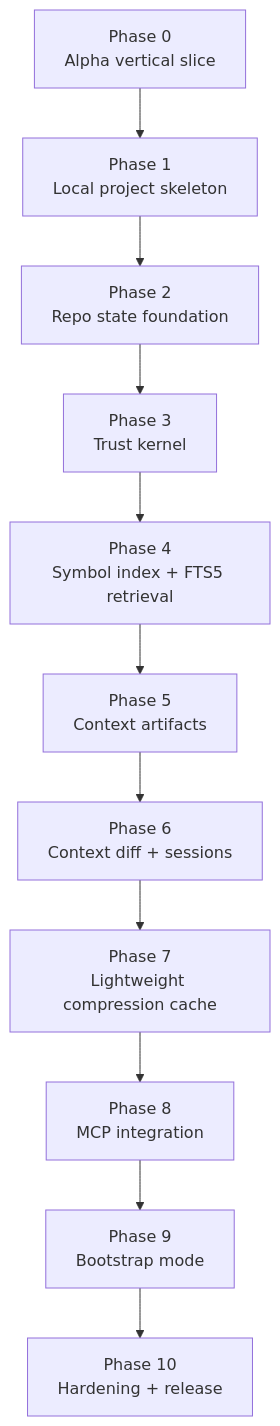
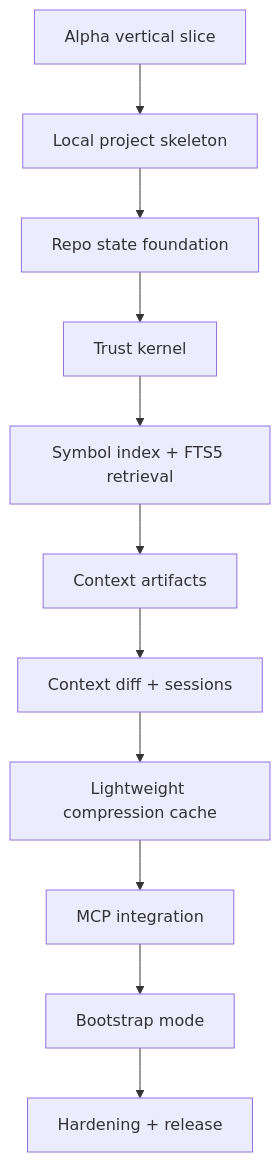
Diagram 12 of 12 in docs/v1/SPEC.md (gael55x/Grape), drawn with Mermaid before and after one commit. The commit also changed other lines of this file and 21 other files, not shown here.

Commit message:
docs: use goal-based roadmap language

````diff
--- a/docs/v1/SPEC.md
+++ b/docs/v1/SPEC.md
@@ -3387,13 +3387,13 @@
 ```mermaid
 flowchart TD
-    P0[Phase 0<br/>Alpha vertical slice] --> P1[Phase 1<br/>Local project skeleton]
-    P1 --> P2[Phase 2<br/>Repo state foundation]
-    P2 --> P3[Phase 3<br/>Trust kernel]
-    P3 --> P4[Phase 4<br/>Symbol index + FTS5 retrieval]
-    P4 --> P5[Phase 5<br/>Context artifacts]
-    P5 --> P6[Phase 6<br/>Context diff + sessions]
-    P6 --> P7[Phase 7<br/>Lightweight compression cache]
-    P7 --> P8[Phase 8<br/>MCP integration]
-    P8 --> P9[Phase 9<br/>Bootstrap mode]
-    P9 --> P10[Phase 10<br/>Hardening + release]
+    G0[Alpha vertical slice] --> G1[Local project skeleton]
+    G1 --> G2[Repo state foundation]
+    G2 --> G3[Trust kernel]
+    G3 --> G4[Symbol index + FTS5 retrieval]
+    G4 --> G5[Context artifacts]
+    G5 --> G6[Context diff + sessions]
+    G6 --> G7[Lightweight compression cache]
+    G7 --> G8[MCP integration]
+    G8 --> G9[Bootstrap mode]
+    G9 --> G10[Hardening + release]
 ```
````
